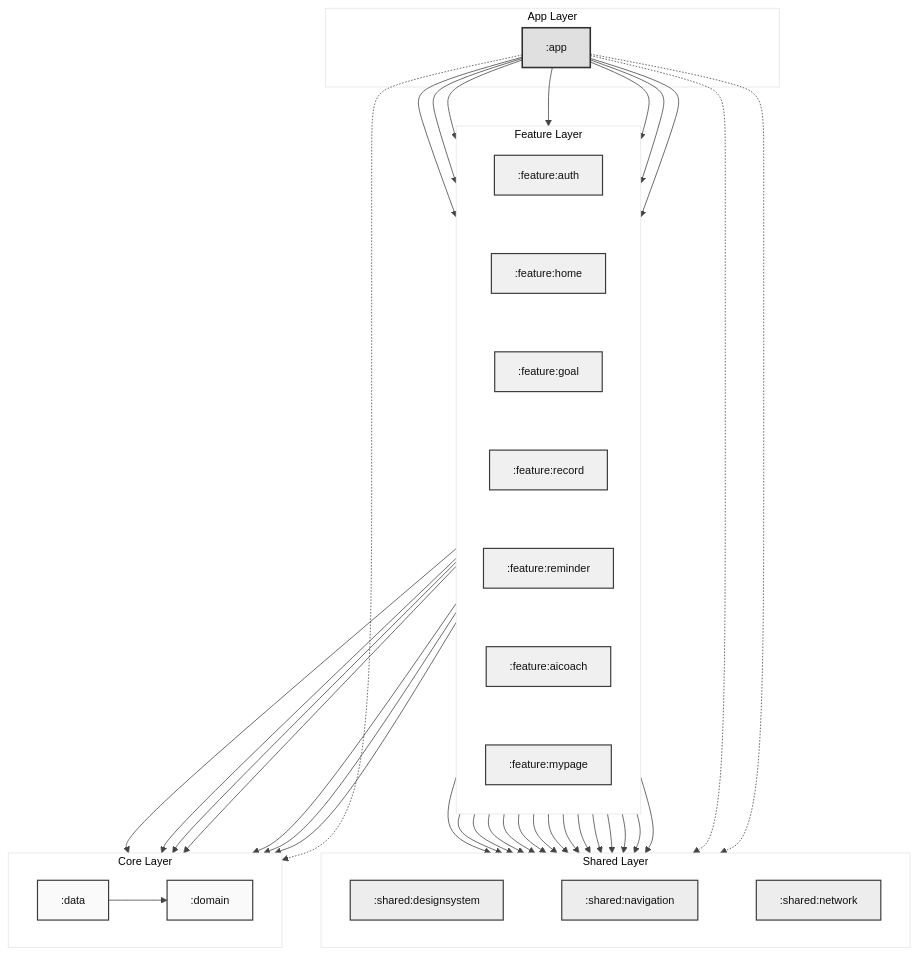
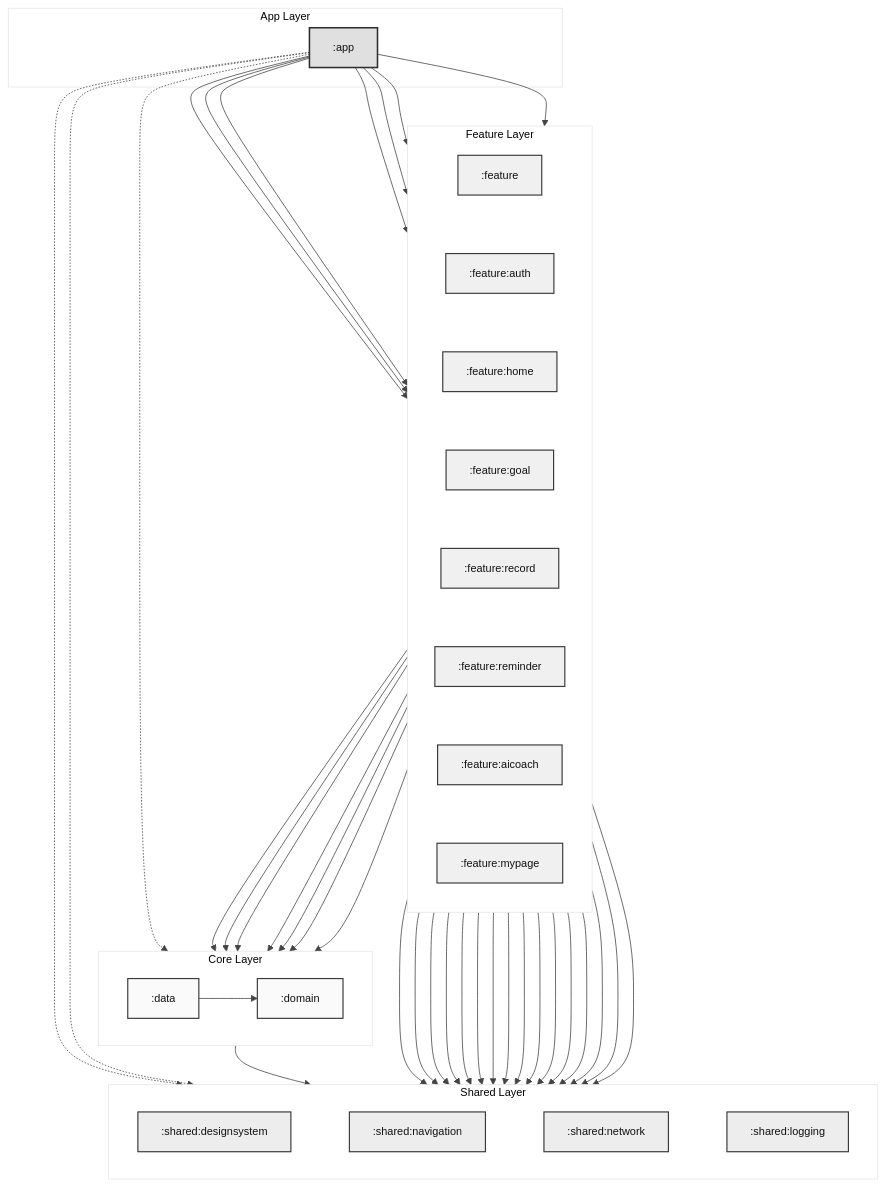
The diagram in README.md (Jiyeong-kor/FitFlow), drawn with Mermaid before and after one commit. The commit also changed other lines of this file, not shown here.

````diff
--- a/README.md
+++ b/README.md
@@ -174,6 +201,7 @@
 
   subgraph Feature_Layer["Feature Layer"]
     direction TB
+    FEATURE[":feature"]
     AUTH[":feature:auth"]
     HOME[":feature:home"]
     GOAL[":feature:goal"]
@@ -181,9 +209,9 @@
     REMINDER[":feature:reminder"]
     AICOACH[":feature:aicoach"]
     MYPAGE[":feature:mypage"]
-    
+
     %% Feature 노드들 가로 정렬 강제
-    AUTH ~~~ HOME ~~~ GOAL ~~~ RECORD ~~~ REMINDER ~~~ AICOACH ~~~ MYPAGE
+    FEATURE ~~~ AUTH ~~~ HOME ~~~ GOAL ~~~ RECORD ~~~ REMINDER ~~~ AICOACH ~~~ MYPAGE
   end
 
   subgraph Shared_Layer["Shared Layer"]
@@ -191,9 +219,10 @@
     DS[":shared:designsystem"]
     NAV[":shared:navigation"]
     NETWORK[":shared:network"]
-    
+    LOGGING[":shared:logging"]
+
     %% Shared 노드들 가로 정렬 강제
-    DS ~~~ NAV ~~~ NETWORK
+    DS ~~~ NAV ~~~ NETWORK ~~~ LOGGING
   end
 
   subgraph Core_Layer["Core Layer"]
@@ -205,18 +234,28 @@
 
   %% App Connections
   APP --> AUTH & HOME & GOAL & RECORD & REMINDER & AICOACH & MYPAGE
-  
-  %% 가독성을 위해 App에서 하단 레이어로 바로 가는 선은 점선(dotted) 처리
+
+  %% 가독성을 위해 App에서 하단 레이어로 바로 가는 선은 점선 처리
   APP -.-> DATA
   APP -.-> DS
   APP -.-> NAV
 
-  %% Feature Connections (묶음 처리로 선 꼬임 최소화)
-  HOME & GOAL & RECORD & REMINDER & AICOACH & AUTH & MYPAGE --> DOMAIN
-  HOME & GOAL & RECORD & REMINDER & AICOACH & AUTH & MYPAGE --> DS
-  HOME & GOAL & RECORD & REMINDER & AICOACH & AUTH & MYPAGE --> NAV
-  
+  %% Feature Connections
+  HOME & GOAL & RECORD & REMINDER & MYPAGE --> DOMAIN
+  HOME & GOAL & RECORD & REMINDER & MYPAGE --> DS
+  HOME & GOAL & RECORD & REMINDER & MYPAGE --> NAV
+
+  AUTH --> DOMAIN
+  AUTH --> DS
+  AUTH --> NAV
   AUTH --> NETWORK
+
+  AICOACH --> DOMAIN
+  AICOACH --> DS
+  AICOACH --> NAV
+  AICOACH --> LOGGING
+
+  DATA --> LOGGING
 
   %% Styling
   classDef app fill:#e0e0e0,stroke:#2f2f2f,stroke-width:2px,color:#111;
@@ -225,7 +264,7 @@
   classDef shared fill:#ededed,stroke:#3a3a3a,stroke-width:1.5px,color:#111;
 
   class APP app;
-  class HOME,GOAL,RECORD,REMINDER,AICOACH,AUTH,MYPAGE feature;
+  class FEATURE,HOME,GOAL,RECORD,REMINDER,AICOACH,AUTH,MYPAGE feature;
   class DOMAIN,DATA core;
-  class DS,NAV,NETWORK shared;
+  class DS,NAV,NETWORK,LOGGING shared;
 ```
````
